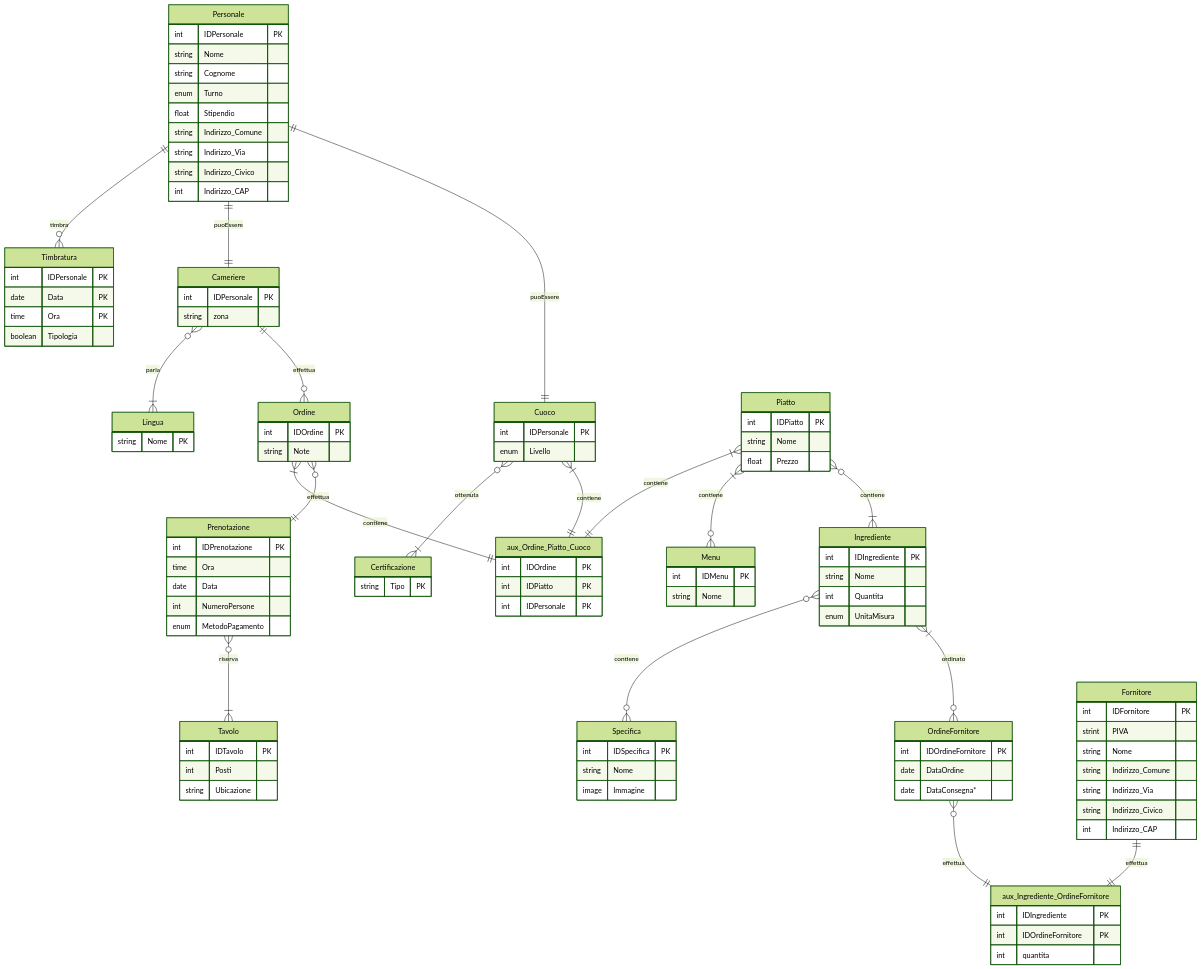
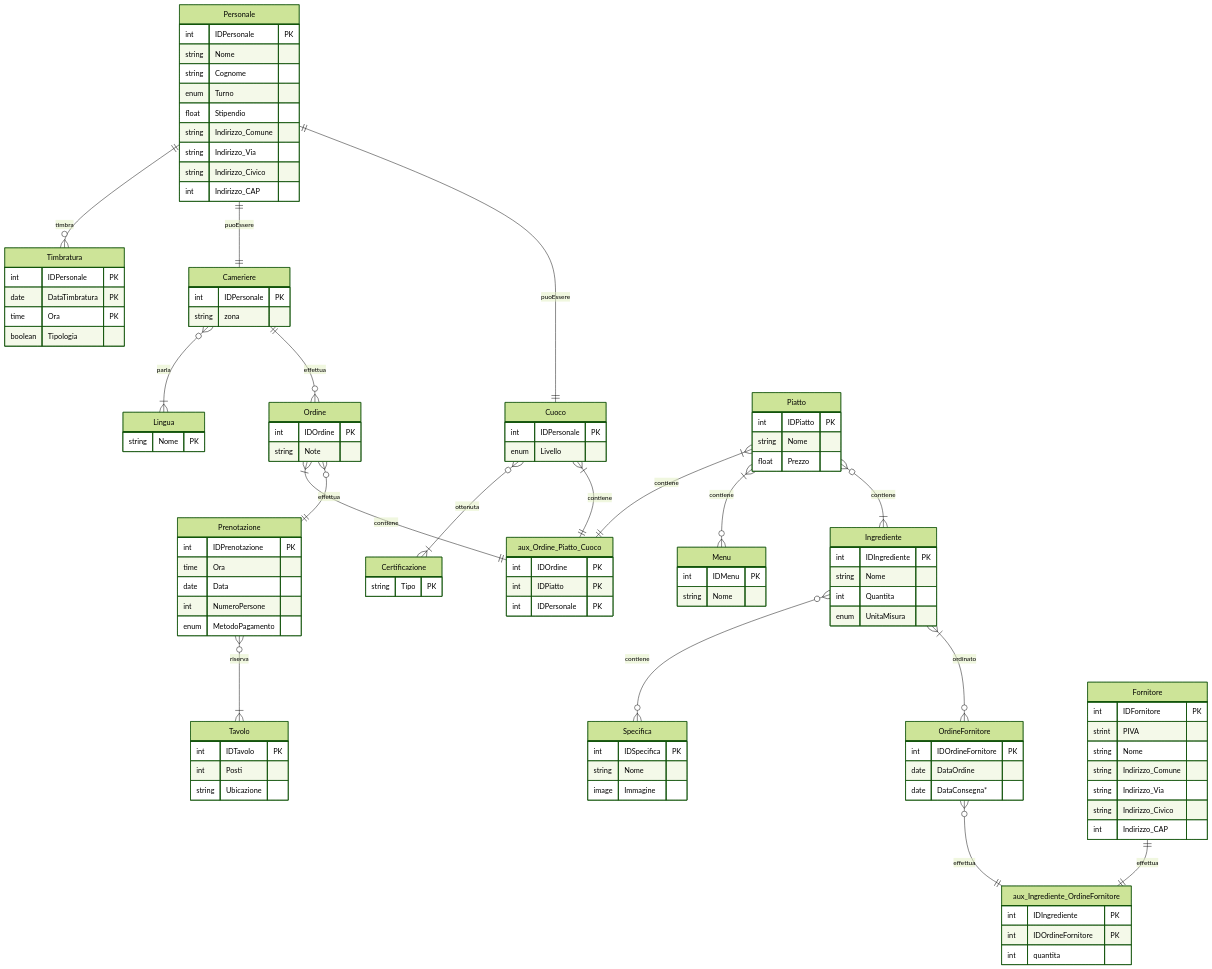
One commit to Thie15/progetto_db_gestione_ristorante changed the diagram in README.md. Above: the diagram before and after it, drawn with Mermaid (forest theme). The commit also changed other lines of this file and 1 other file, not shown here.

```diff
--- a/README.md
+++ b/README.md
@@ -80,7 +80,7 @@
 
     Timbratura{
         int IDPersonale PK
-        date Data PK
+        date DataTimbratura PK
         time Ora PK
         boolean Tipologia
     }
```
